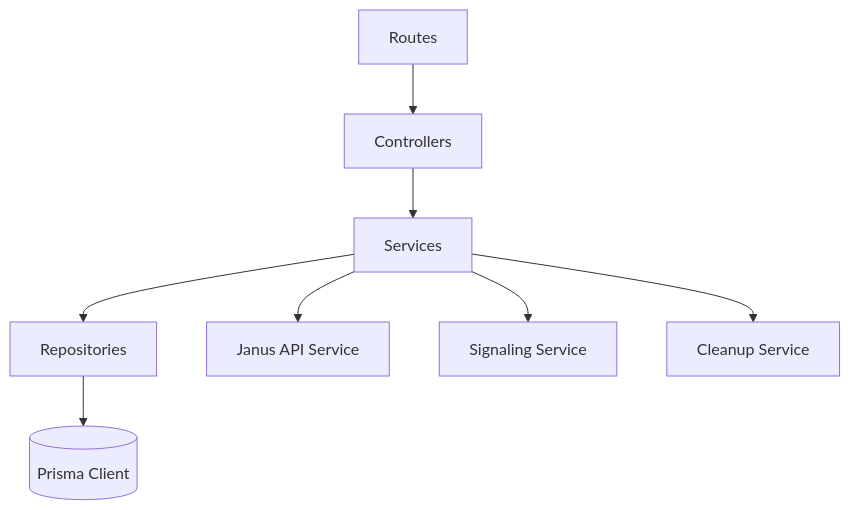
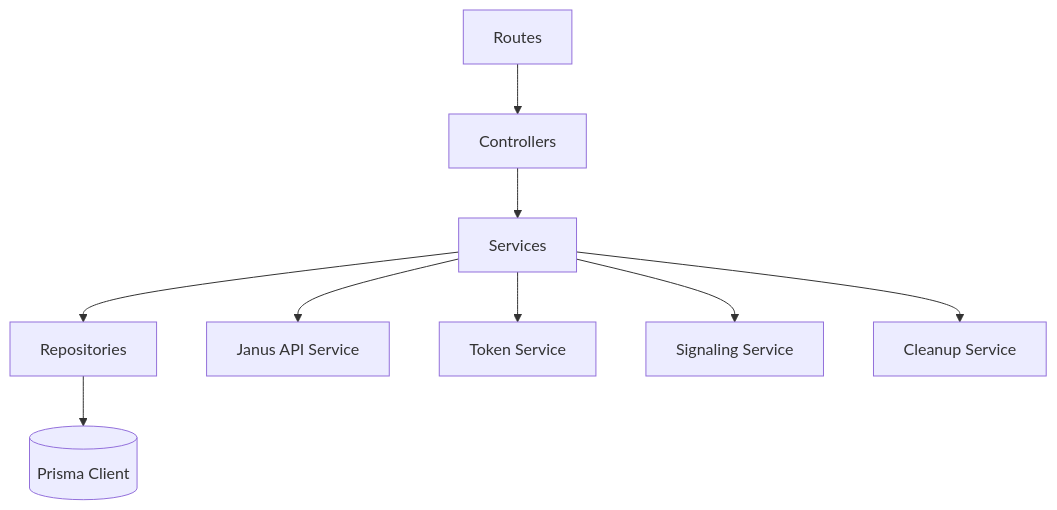
The second of 2 diagrams in docs/ARCHITECTURE.md (arjak-roy/janus), drawn with Mermaid before and after one commit. The commit also changed other lines of this file and 21 other files, not shown here.

First line of the commit message:
feat: enhance WebSocket signaling with token support and add token service

````diff
--- a/docs/ARCHITECTURE.md
+++ b/docs/ARCHITECTURE.md
@@ -106,10 +131,11 @@
 ```mermaid
 flowchart TD
   R[Routes] --> C[Controllers]
   C --> S[Services]
   S --> D[Repositories]
   D --> P[(Prisma Client)]
   S --> J[Janus API Service]
+  S --> T[Token Service]
   S --> W[Signaling Service]
   S --> CL[Cleanup Service]
 ```
````
